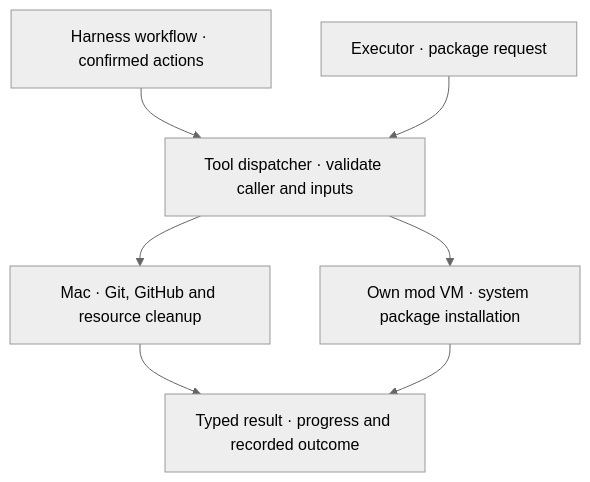
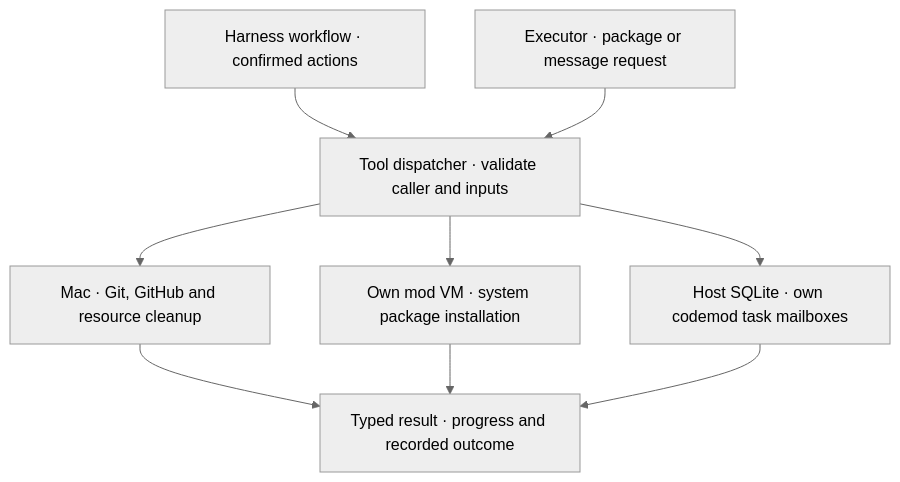
The diagram in docs/tools.md (minimumeffort-dev/sprowt.harness), drawn with Mermaid (neutral theme) before and after one commit. The commit also changed other lines of this file and 16 other files, not shown here.

````diff
--- a/docs/tools.md
+++ b/docs/tools.md
@@ -5,9 +5,11 @@
 ```mermaid
 flowchart TB
     workflow["Harness workflow · confirmed actions"] --> dispatcher["Tool dispatcher · validate caller and inputs"]
-    agent["Executor · package request"] --> dispatcher
+    agent["Executor · package or message request"] --> dispatcher
     dispatcher --> host["Mac · Git, GitHub and resource cleanup"]
     dispatcher --> vm["Own mod VM · system package installation"]
+    dispatcher --> mailbox["Host SQLite · own codemod task mailboxes"]
     host --> result["Typed result · progress and recorded outcome"]
     vm --> result
+    mailbox --> result
 ```
````
